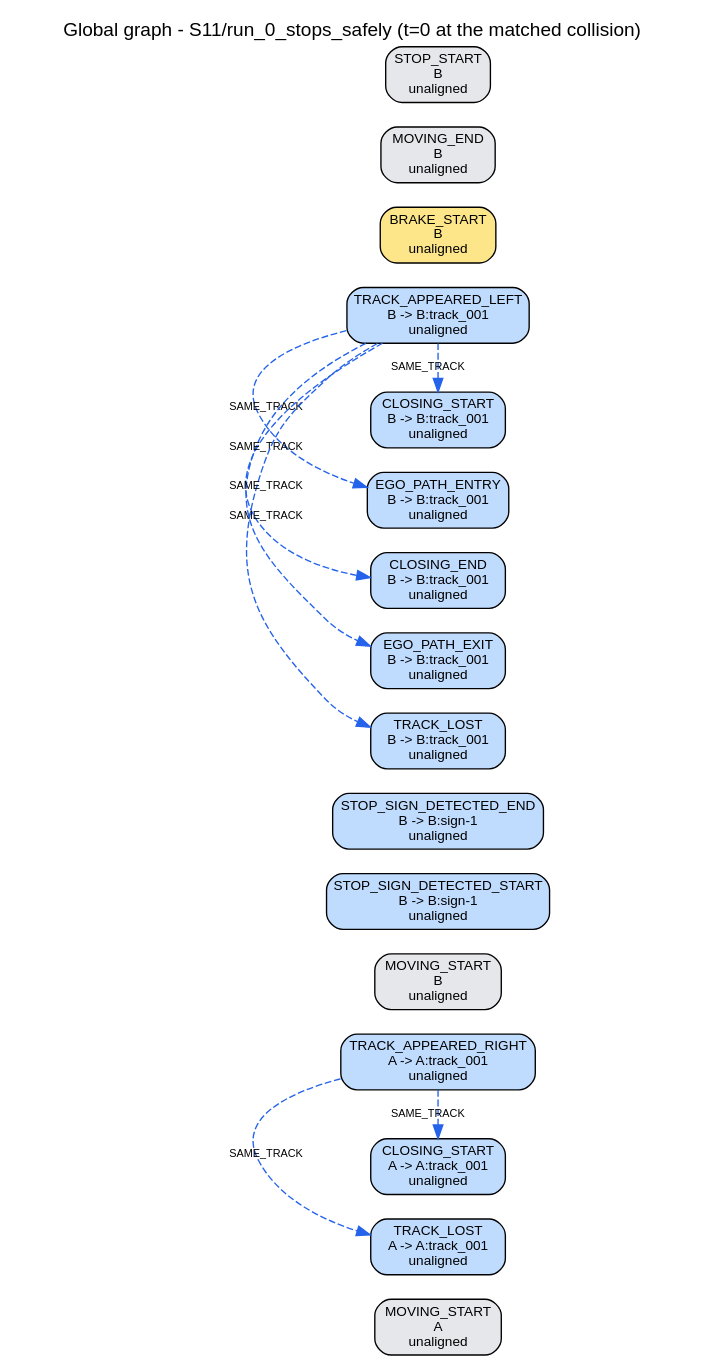
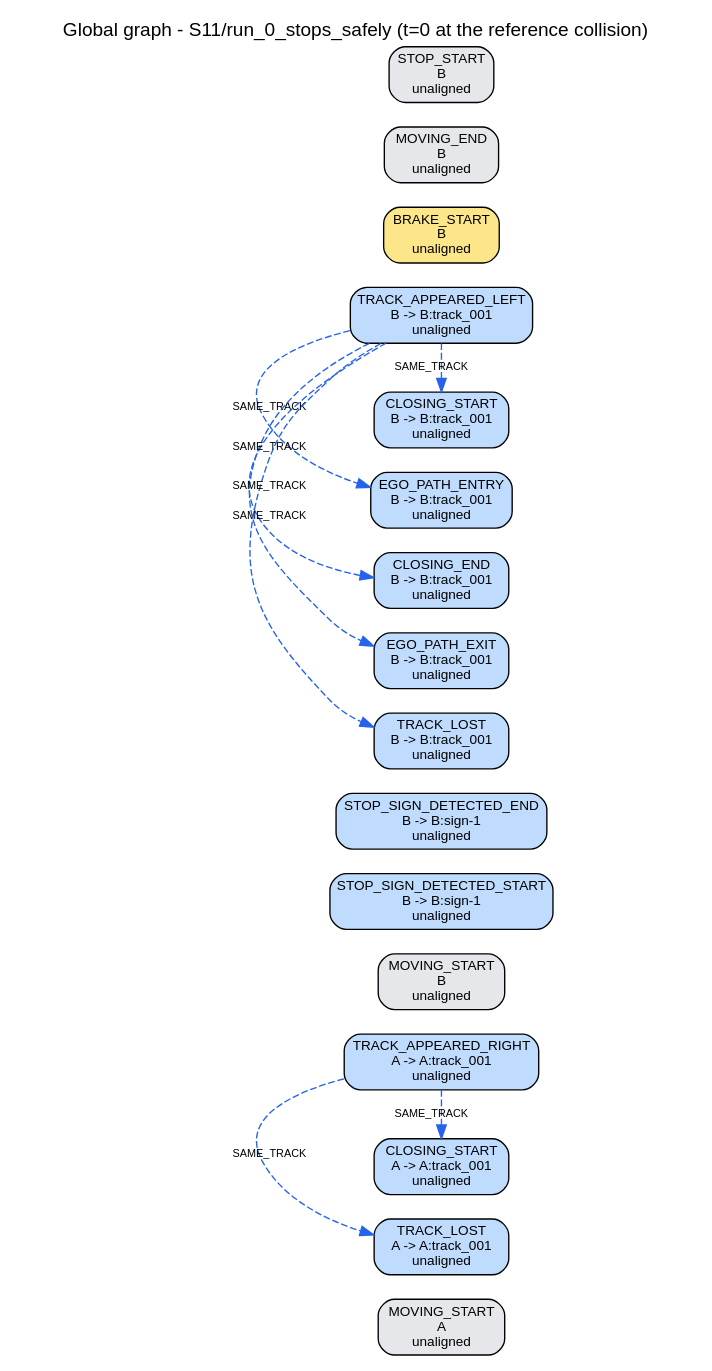
Before and after one commit to AndreaBedei1/causaldrive-forensics: the diagram in traces/S11/run_0_stops_safely/reconstruction/global/global_graph.dot, drawn with Graphviz. The commit also changed 330 other files, not shown here.

```diff
--- a/traces/S11/run_0_stops_safely/reconstruction/global/global_graph.dot
+++ b/traces/S11/run_0_stops_safely/reconstruction/global/global_graph.dot
@@ -1,28 +1,28 @@
 digraph "global" {
-  graph [rankdir=LR, labelloc=t, fontname=Helvetica, label="Global graph - S11/run_0_stops_safely (t=0 at the matched collision)"];
+  graph [rankdir=LR, labelloc=t, fontname=Helvetica, label="Global graph - S11/run_0_stops_safely (t=0 at the reference collision)"];
   node [shape=box, style="rounded,filled", fontname=Helvetica, fontsize=10];
   edge [fontname=Helvetica, fontsize=8];
   "g01" [label="MOVING_START\nA\nunaligned", fillcolor="#e5e7eb"];
   "g02" [label="TRACK_APPEARED_RIGHT\nA -> A:track_001\nunaligned", fillcolor="#bfdbfe"];
   "g03" [label="CLOSING_START\nA -> A:track_001\nunaligned", fillcolor="#bfdbfe"];
   "g04" [label="TRACK_LOST\nA -> A:track_001\nunaligned", fillcolor="#bfdbfe"];
   "g05" [label="MOVING_START\nB\nunaligned", fillcolor="#e5e7eb"];
   "g06" [label="STOP_SIGN_DETECTED_START\nB -> B:sign-1\nunaligned", fillcolor="#bfdbfe"];
   "g07" [label="STOP_SIGN_DETECTED_END\nB -> B:sign-1\nunaligned", fillcolor="#bfdbfe"];
   "g08" [label="TRACK_APPEARED_LEFT\nB -> B:track_001\nunaligned", fillcolor="#bfdbfe"];
   "g09" [label="CLOSING_START\nB -> B:track_001\nunaligned", fillcolor="#bfdbfe"];
   "g10" [label="BRAKE_START\nB\nunaligned", fillcolor="#fde68a"];
   "g11" [label="MOVING_END\nB\nunaligned", fillcolor="#e5e7eb"];
   "g12" [label="STOP_START\nB\nunaligned", fillcolor="#e5e7eb"];
   "g13" [label="EGO_PATH_ENTRY\nB -> B:track_001\nunaligned", fillcolor="#bfdbfe"];
   "g14" [label="CLOSING_END\nB -> B:track_001\nunaligned", fillcolor="#bfdbfe"];
   "g15" [label="EGO_PATH_EXIT\nB -> B:track_001\nunaligned", fillcolor="#bfdbfe"];
   "g16" [label="TRACK_LOST\nB -> B:track_001\nunaligned", fillcolor="#bfdbfe"];
   "g02" -> "g03" [label="SAME_TRACK", style=dashed, color="#2563eb", constraint=false];
   "g02" -> "g04" [label="SAME_TRACK", style=dashed, color="#2563eb", constraint=false];
   "g08" -> "g09" [label="SAME_TRACK", style=dashed, color="#2563eb", constraint=false];
   "g08" -> "g13" [label="SAME_TRACK", style=dashed, color="#2563eb", constraint=false];
   "g08" -> "g14" [label="SAME_TRACK", style=dashed, color="#2563eb", constraint=false];
   "g08" -> "g15" [label="SAME_TRACK", style=dashed, color="#2563eb", constraint=false];
   "g08" -> "g16" [label="SAME_TRACK", style=dashed, color="#2563eb", constraint=false];
 }
```
